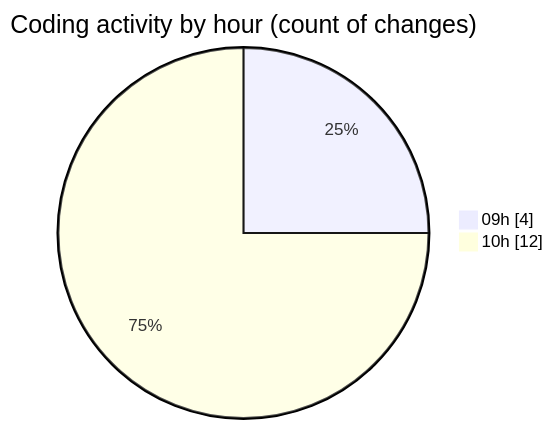
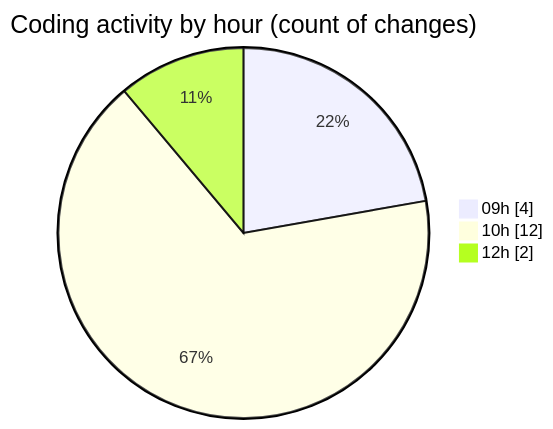
The second of 2 diagrams in 2025-05-19/nxtqube_webapp/README.md (nxtqubesakshisongat/code-tracking), drawn with Mermaid before and after one commit. The commit also changed other lines of this file and 1 other file, not shown here.

````diff
--- a/2025-05-19/nxtqube_webapp/README.md
+++ b/2025-05-19/nxtqube_webapp/README.md
@@ -30,6 +32,7 @@
 ```mermaid
 pie showData
 title Coding activity by hour (count of changes)
 "09h" : 4
 "10h" : 12
+"12h" : 2
 ```
````
